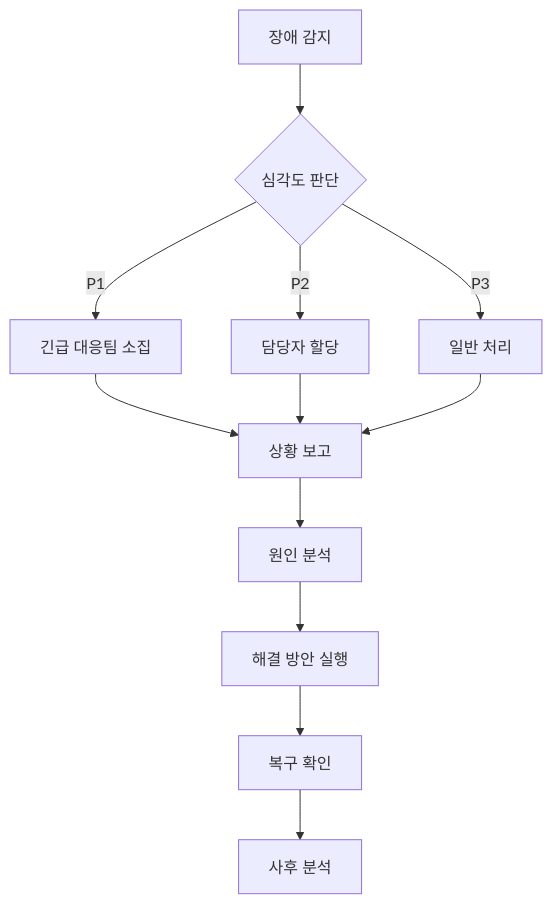
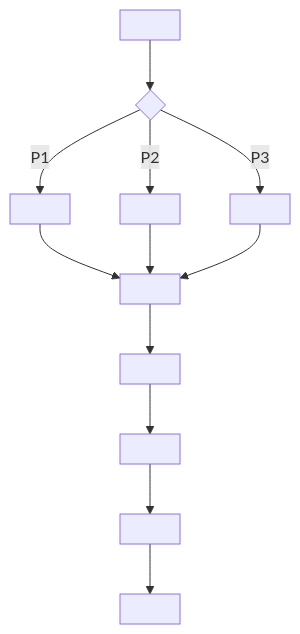
The diagram in posts/ko/entasis_engin_11.md (Russ481-k/Russ481-k.github.io), drawn with Mermaid before and after one commit. The commit also changed other lines of this file and 69 other files, not shown here.

````diff
--- a/posts/ko/entasis_engin_11.md
+++ b/posts/ko/entasis_engin_11.md
@@ -148,14 +148,14 @@
 ```mermaid
 graph TD
-    A[장애 감지] --> B{심각도 판단}
-    B -->|P1| C[긴급 대응팀 소집]
-    B -->|P2| D[담당자 할당]
-    B -->|P3| E[일반 처리]
-    C --> F[상황 보고]
+    A[ ] --> B{ }
+    B -->|P1| C[  ]
+    B -->|P2| D[ ]
+    B -->|P3| E[ ]
+    C --> F[ ]
     D --> F
     E --> F
-    F --> G[원인 분석]
-    G --> H[해결 방안 실행]
-    H --> I[복구 확인]
-    I --> J[사후 분석]
+    F --> G[ ]
+    G --> H[  ]
+    H --> I[ ]
+    I --> J[ ]
 ```
````
